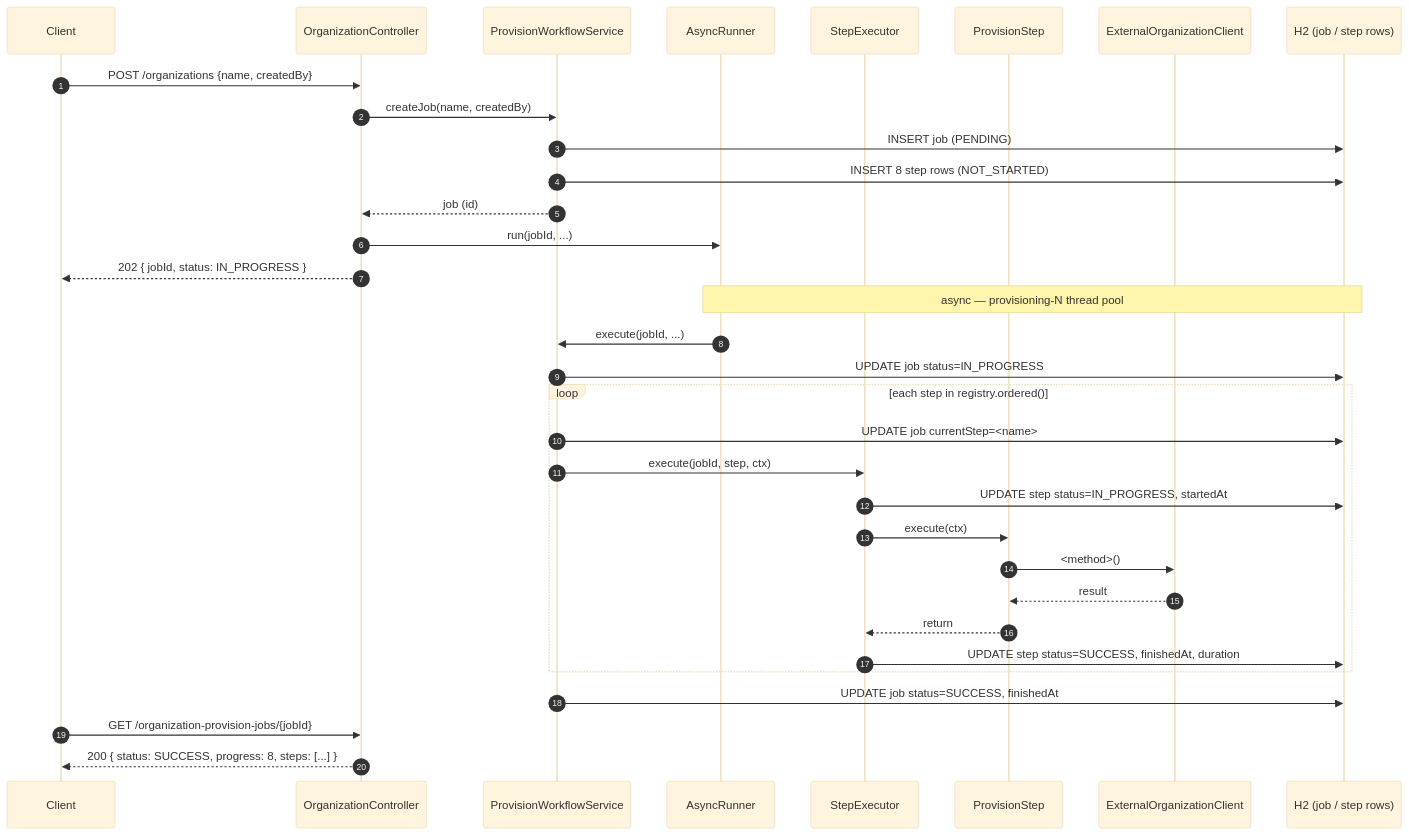
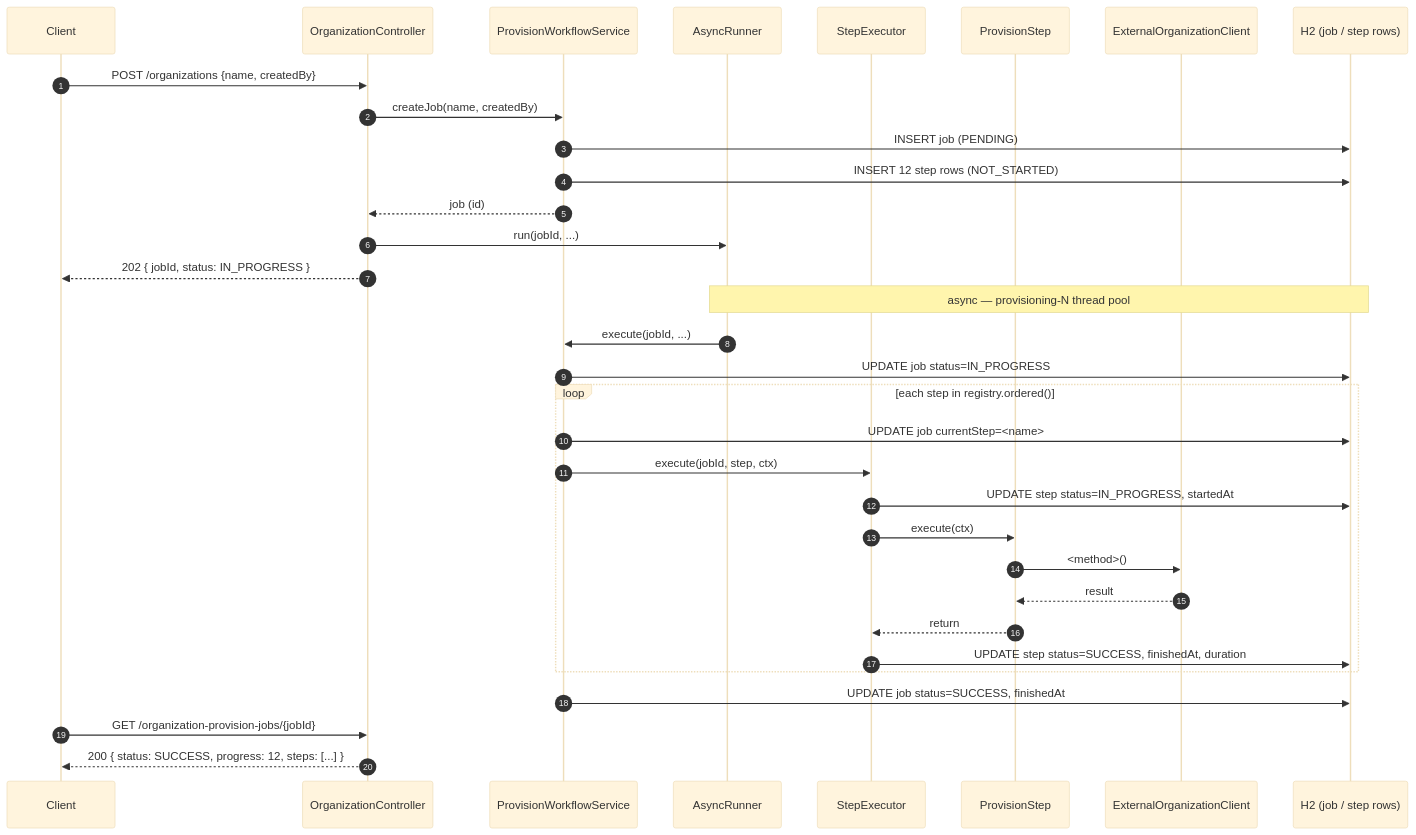
One commit to bora-arch/create-org-poc changed the third of 6 diagrams in docs/diagrams.md. Above: the diagram before and after it, drawn with Mermaid (base theme). The commit also changed other lines of this file and 24 other files, not shown here.

First line of the commit message:
Refactor StepName to domain-specific provisioning steps

````diff
--- a/docs/diagrams.md
+++ b/docs/diagrams.md
@@ -146,39 +150,39 @@
 ```mermaid
 sequenceDiagram
     autonumber
     participant Client
     participant OC as OrganizationController
     participant WS as ProvisionWorkflowService
     participant AR as AsyncRunner
     participant SE as StepExecutor
     participant Step as ProvisionStep
     participant Ext as ExternalOrganizationClient
     participant DB as H2 (job / step rows)
 
     Client->>OC: POST /organizations {name, createdBy}
     OC->>WS: createJob(name, createdBy)
     WS->>DB: INSERT job (PENDING)
-    WS->>DB: INSERT 8 step rows (NOT_STARTED)
+    WS->>DB: INSERT 12 step rows (NOT_STARTED)
     WS-->>OC: job (id)
     OC->>AR: run(jobId, ...)
     OC-->>Client: 202 { jobId, status: IN_PROGRESS }
 
     Note over AR,DB: async — provisioning-N thread pool
 
     AR->>WS: execute(jobId, ...)
     WS->>DB: UPDATE job status=IN_PROGRESS
     loop each step in registry.ordered()
         WS->>DB: UPDATE job currentStep=<name>
         WS->>SE: execute(jobId, step, ctx)
         SE->>DB: UPDATE step status=IN_PROGRESS, startedAt
         SE->>Step: execute(ctx)
         Step->>Ext: <method>()
         Ext-->>Step: result
         Step-->>SE: return
         SE->>DB: UPDATE step status=SUCCESS, finishedAt, duration
     end
     WS->>DB: UPDATE job status=SUCCESS, finishedAt
 
     Client->>OC: GET /organization-provision-jobs/{jobId}
-    OC-->>Client: 200 { status: SUCCESS, progress: 8, steps: [...] }
+    OC-->>Client: 200 { status: SUCCESS, progress: 12, steps: [...] }
 ```
````
